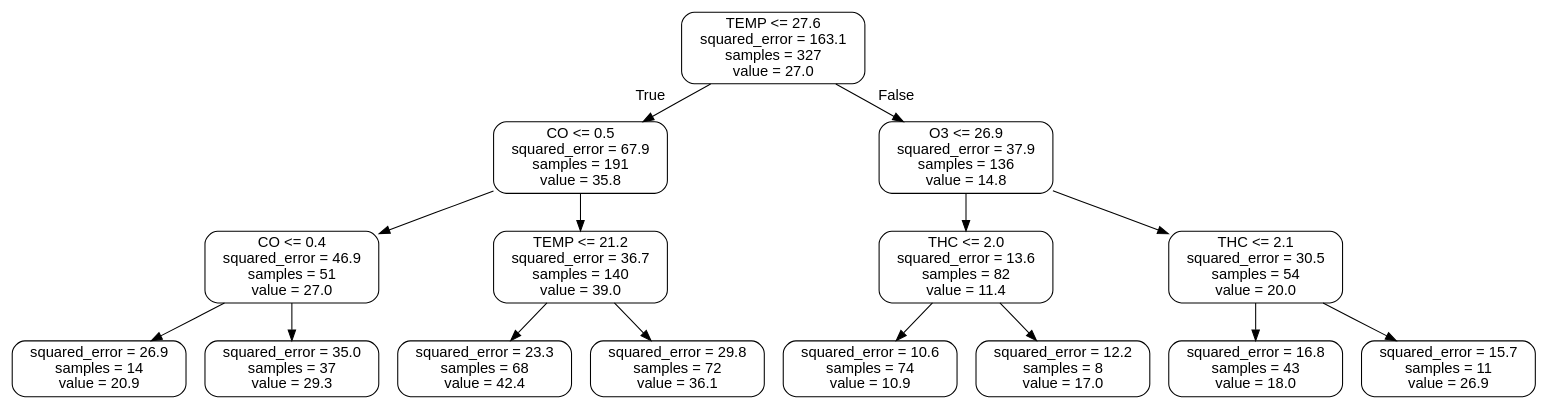
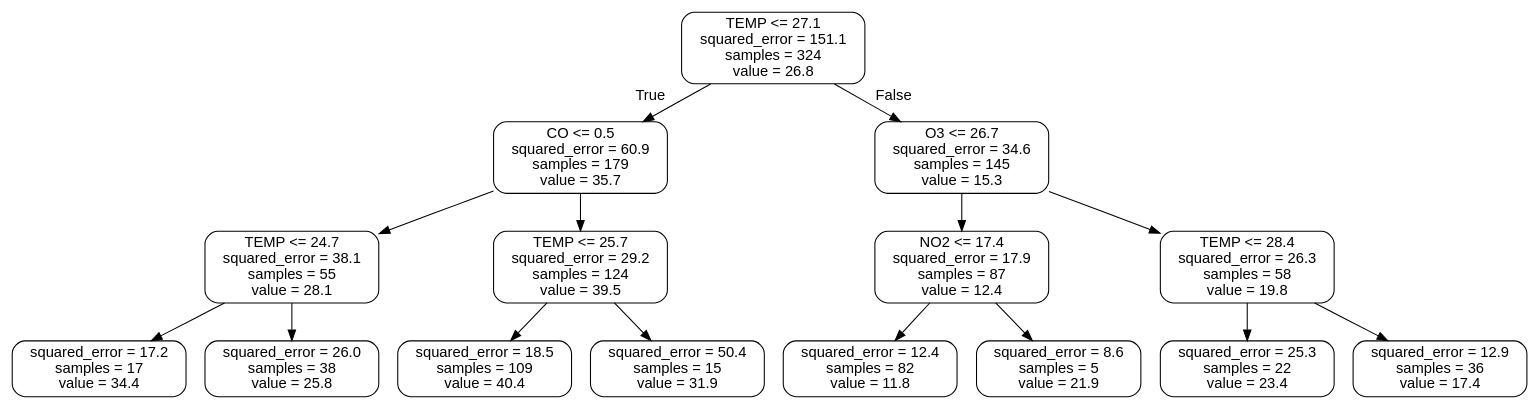
Before and after one commit to bunshue/vcs: the diagram in _4.python/__code/Python-PM2.5-DataAnalyzing-master/small_tree.dot, drawn with Graphviz. The commit also changed 53 other files, not shown here.

```diff
--- a/_4.python/__code/Python-PM2.5-DataAnalyzing-master/small_tree.dot
+++ b/_4.python/__code/Python-PM2.5-DataAnalyzing-master/small_tree.dot
@@ -1,33 +1,33 @@
 digraph Tree {
 node [shape=box, style="rounded", color="black", fontname="helvetica"] ;
 edge [fontname="helvetica"] ;
-0 [label="TEMP <= 27.6\nsquared_error = 163.1\nsamples = 327\nvalue = 27.0"] ;
-1 [label="CO <= 0.5\nsquared_error = 67.9\nsamples = 191\nvalue = 35.8"] ;
+0 [label="TEMP <= 27.1\nsquared_error = 151.1\nsamples = 324\nvalue = 26.8"] ;
+1 [label="CO <= 0.5\nsquared_error = 60.9\nsamples = 179\nvalue = 35.7"] ;
 0 -> 1 [labeldistance=2.5, labelangle=45, headlabel="True"] ;
-2 [label="CO <= 0.4\nsquared_error = 46.9\nsamples = 51\nvalue = 27.0"] ;
+2 [label="TEMP <= 24.7\nsquared_error = 38.1\nsamples = 55\nvalue = 28.1"] ;
 1 -> 2 ;
-3 [label="squared_error = 26.9\nsamples = 14\nvalue = 20.9"] ;
+3 [label="squared_error = 17.2\nsamples = 17\nvalue = 34.4"] ;
 2 -> 3 ;
-4 [label="squared_error = 35.0\nsamples = 37\nvalue = 29.3"] ;
+4 [label="squared_error = 26.0\nsamples = 38\nvalue = 25.8"] ;
 2 -> 4 ;
-5 [label="TEMP <= 21.2\nsquared_error = 36.7\nsamples = 140\nvalue = 39.0"] ;
+5 [label="TEMP <= 25.7\nsquared_error = 29.2\nsamples = 124\nvalue = 39.5"] ;
 1 -> 5 ;
-6 [label="squared_error = 23.3\nsamples = 68\nvalue = 42.4"] ;
+6 [label="squared_error = 18.5\nsamples = 109\nvalue = 40.4"] ;
 5 -> 6 ;
-7 [label="squared_error = 29.8\nsamples = 72\nvalue = 36.1"] ;
+7 [label="squared_error = 50.4\nsamples = 15\nvalue = 31.9"] ;
 5 -> 7 ;
-8 [label="O3 <= 26.9\nsquared_error = 37.9\nsamples = 136\nvalue = 14.8"] ;
+8 [label="O3 <= 26.7\nsquared_error = 34.6\nsamples = 145\nvalue = 15.3"] ;
 0 -> 8 [labeldistance=2.5, labelangle=-45, headlabel="False"] ;
-9 [label="THC <= 2.0\nsquared_error = 13.6\nsamples = 82\nvalue = 11.4"] ;
+9 [label="NO2 <= 17.4\nsquared_error = 17.9\nsamples = 87\nvalue = 12.4"] ;
 8 -> 9 ;
-10 [label="squared_error = 10.6\nsamples = 74\nvalue = 10.9"] ;
+10 [label="squared_error = 12.4\nsamples = 82\nvalue = 11.8"] ;
 9 -> 10 ;
-11 [label="squared_error = 12.2\nsamples = 8\nvalue = 17.0"] ;
+11 [label="squared_error = 8.6\nsamples = 5\nvalue = 21.9"] ;
 9 -> 11 ;
-12 [label="THC <= 2.1\nsquared_error = 30.5\nsamples = 54\nvalue = 20.0"] ;
+12 [label="TEMP <= 28.4\nsquared_error = 26.3\nsamples = 58\nvalue = 19.8"] ;
 8 -> 12 ;
-13 [label="squared_error = 16.8\nsamples = 43\nvalue = 18.0"] ;
+13 [label="squared_error = 25.3\nsamples = 22\nvalue = 23.4"] ;
 12 -> 13 ;
-14 [label="squared_error = 15.7\nsamples = 11\nvalue = 26.9"] ;
+14 [label="squared_error = 12.9\nsamples = 36\nvalue = 17.4"] ;
 12 -> 14 ;
 }
```
